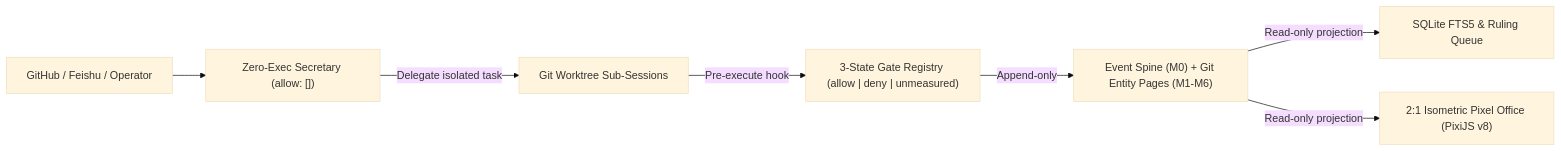
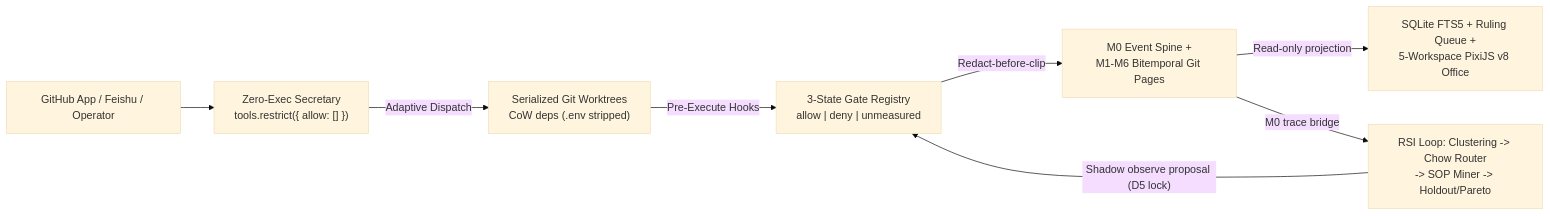
Before and after one commit to CovD831/dsh-secretary: the diagram in README.md, drawn with Mermaid (base theme). The commit also changed other lines of this file and 1 other file, not shown here.

Commit message:
docs: 深度升级中英文 README 呈现治理门禁、RSI 演进与隔离架构优势

````diff
--- a/README.md
+++ b/README.md
@@ -43,9 +51,10 @@
 ```mermaid
 flowchart LR
-  Sources["GitHub / Feishu / Operator"] --> Secretary["Zero-Exec Secretary (allow: [])"]
-  Secretary -->|"Delegate isolated task"| Worktree["Git Worktree Sub-Sessions"]
-  Worktree -->|"Pre-execute hook"| Gates["3-State Gate Registry (allow | deny | unmeasured)"]
-  Gates -->|"Append-only"| Spine["Event Spine (M0) + Git Entity Pages (M1-M6)"]
-  Spine -->|"Read-only projection"| SQLite["SQLite FTS5 & Ruling Queue"]
-  Spine -->|"Read-only projection"| Office["2:1 Isometric Pixel Office (PixiJS v8)"]
+  Sources["GitHub App / Feishu / Operator"] --> Secretary["Zero-Exec Secretary<br/>tools.restrict({ allow: [] })"]
+  Secretary -->|"Adaptive Dispatch"| Worktree["Serialized Git Worktrees<br/>CoW deps (.env stripped)"]
+  Worktree -->|"Pre-Execute Hooks"| Gates["3-State Gate Registry<br/>allow | deny | unmeasured"]
+  Gates -->|"Redact-before-clip"| Spine["M0 Event Spine +<br/>M1-M6 Bitemporal Git Pages"]
+  Spine -->|"Read-only projection"| Projections["SQLite FTS5 + Ruling Queue +<br/>5-Workspace PixiJS v8 Office"]
+  Spine -->|"M0 trace bridge"| RSI["RSI Loop: Clustering -> Chow Router<br/>-> SOP Miner -> Holdout/Pareto"]
+  RSI -->|"Shadow observe proposal (D5 lock)"| Gates
 ```
````
